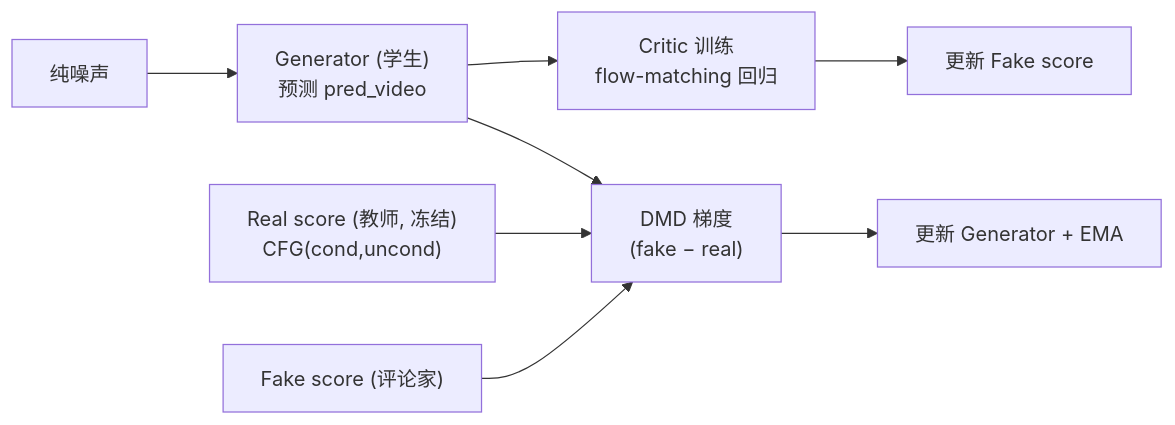
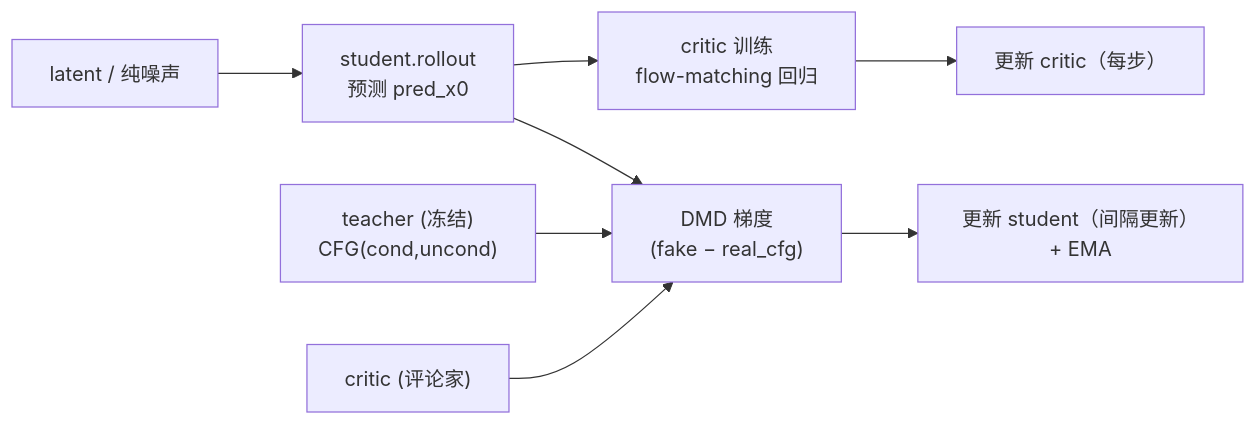
One commit to Huangzjun/FlashGen changed the diagram in docs/DMD蒸馏算法实现.md. Above: the diagram before and after it, drawn with Mermaid. The commit also changed other lines of this file and 42 other files, not shown here.

````diff
--- a/docs/DMD蒸馏算法实现.md
+++ b/docs/DMD蒸馏算法实现.md
@@ -18,10 +18,10 @@
 ```mermaid
 flowchart LR
-    Z["纯噪声"] --> G["Generator (学生)<br/>预测 pred_video"]
-    G --> DMD["DMD 梯度<br/>(fake − real)"]
-    G --> CR["Critic 训练<br/>flow-matching 回归"]
-    REAL["Real score (教师, 冻结)<br/>CFG(cond,uncond)"] --> DMD
-    FAKE["Fake score (评论家)"] --> DMD
-    DMD --> UPD_G["更新 Generator + EMA"]
-    CR --> UPD_F["更新 Fake score"]
+    Z["latent / 纯噪声"] --> G["student.rollout<br/>预测 pred_x0"]
+    G --> DMD["DMD 梯度<br/>(fake − real_cfg)"]
+    G --> CR["critic 训练<br/>flow-matching 回归"]
+    TEA["teacher (冻结)<br/>CFG(cond,uncond)"] --> DMD
+    CRI["critic (评论家)"] --> DMD
+    DMD --> UPD_G["更新 student（间隔更新）+ EMA"]
+    CR --> UPD_F["更新 critic（每步）"]
 ```
````
